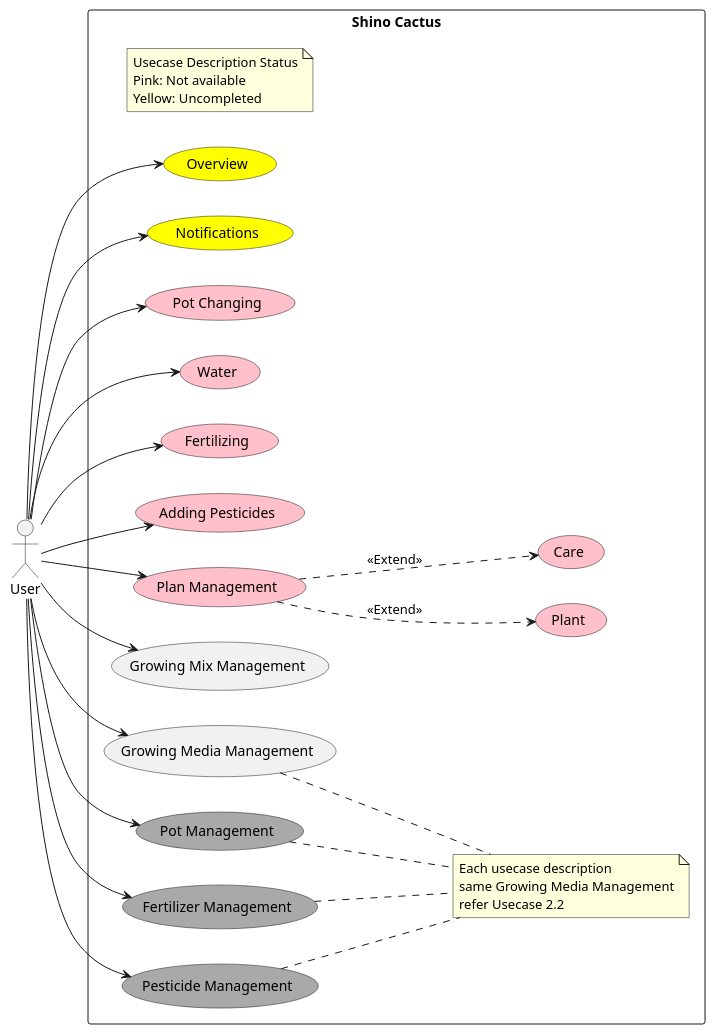
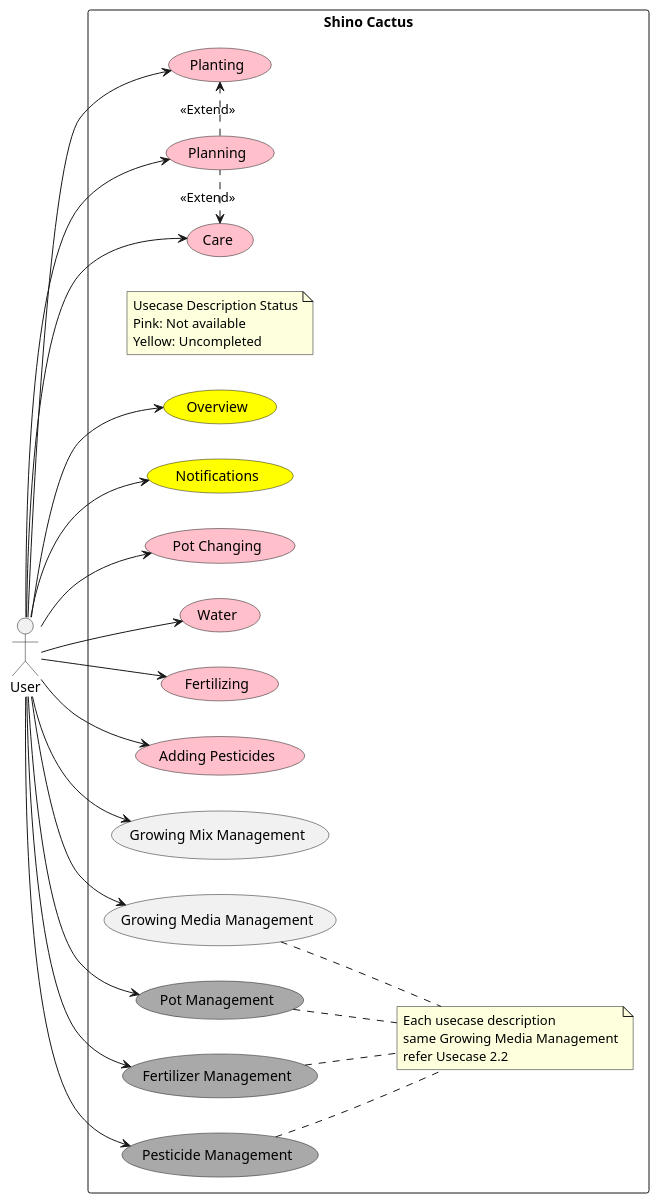
The diagram in UML/Concept.puml (Shinodari/CactusMan-Analysis), drawn with PlantUML before and after one commit. The commit also changed 1 other file, not shown here.

Commit message:
fix(usecase): change relationship and word of plan management group

```diff
--- a/UML/Concept.puml
+++ b/UML/Concept.puml
@@ -1,45 +1,47 @@
 @startuml Usecase
 left to right direction
 actor User
 rectangle "Shino Cactus" as ShinoCactus{
     note "Usecase Description Status\nPink: Not available\nYellow: Uncompleted" as CommonNote
     note "Each usecase description\nsame Growing Media Management\nrefer Usecase 2.2" as SameDesc
 
     usecase Overview #Yellow
     usecase Notifications #Yellow
     usecase "Pot Changing" as PotC #pink
     usecase Water #pink
     usecase Fertilizing #pink 
     usecase "Adding Pesticides" as APesticides #pink
-    usecase "Plan Management" as PlanM #pink
-    usecase Plant #pink
+    usecase "Planning" as PlanM #pink
+    usecase Planting #pink
     usecase Care #pink
     usecase "Growing Mix Management" as GXM
     usecase "Growing Media Management" as GMM
     usecase "Pot Management" as PotM #darkgrey
     usecase "Fertilizer Management" as FertilizerM #darkgrey
     usecase "Pesticide Management" as PesticideM #darkgrey
 
 }
 
 User --> Overview
 User --> Notifications
 User --> PotC
 User --> Water
 User --> Fertilizing
 User --> APesticides
 User --> PlanM
+User --> Planting
+User --> Care
 User --> GXM
 User --> GMM
 User --> PotM
 User --> FertilizerM
 User --> PesticideM
 
-PlanM ..> Plant : <<Extend>>
-PlanM ..> Care : <<Extend>>
+PlanM .right.> Planting : <<Extend>>
+PlanM .left.> Care : <<Extend>>
 
 GMM .. SameDesc
 PotM .. SameDesc
 FertilizerM .. SameDesc
 PesticideM .. SameDesc
 @enduml
```
